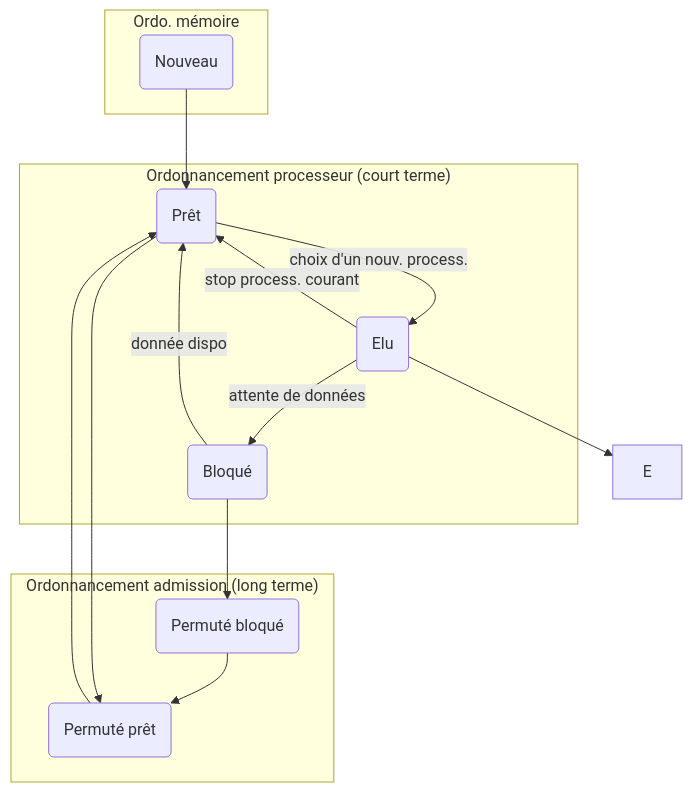
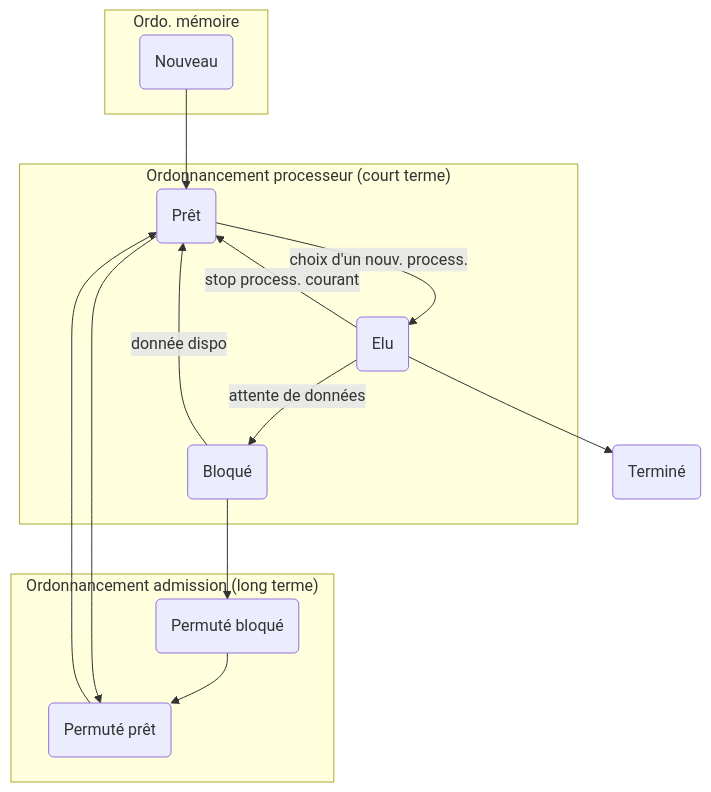
One commit to tanguy-rdt/depot-ensta-c changed the diagram in OS/README.md. Above: the diagram before and after it, drawn with Mermaid.

Commit message:
add cours 'Ordonnancement' -- SA3/OS

````diff
--- a/OS/README.md
+++ b/OS/README.md
@@ -197,25 +197,25 @@
 ```mermaid
 graph TD
     subgraph "Ordo. mémoire"
     A(Nouveau)
     end
     subgraph "Ordonnancement admission (long terme)"
     F(Permuté bloqué)
     G(Permuté prêt)
     end
     subgraph "Ordonnancement processeur (court terme)"
     B(Prêt)
     D(Bloqué)
     C(Elu)
     end
     A-->B(Prêt)
     B -->|choix d'un nouv. process.| C
-    C --> E
+    C --> E(Terminé)
     C -->|stop process. courant| B
     C -->|attente de données| D
     D -->|donnée dispo| B
     D --> F
     F --> G
     B --> G
     G --> B
 ```
````
